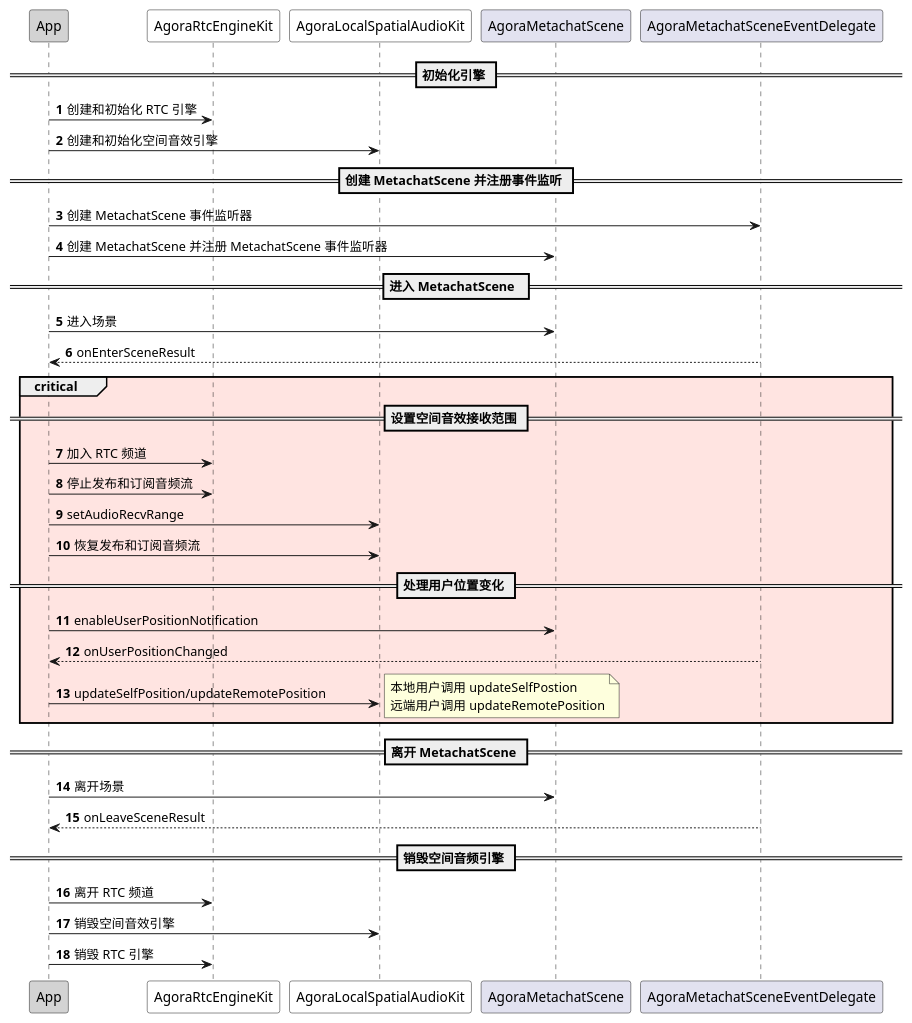
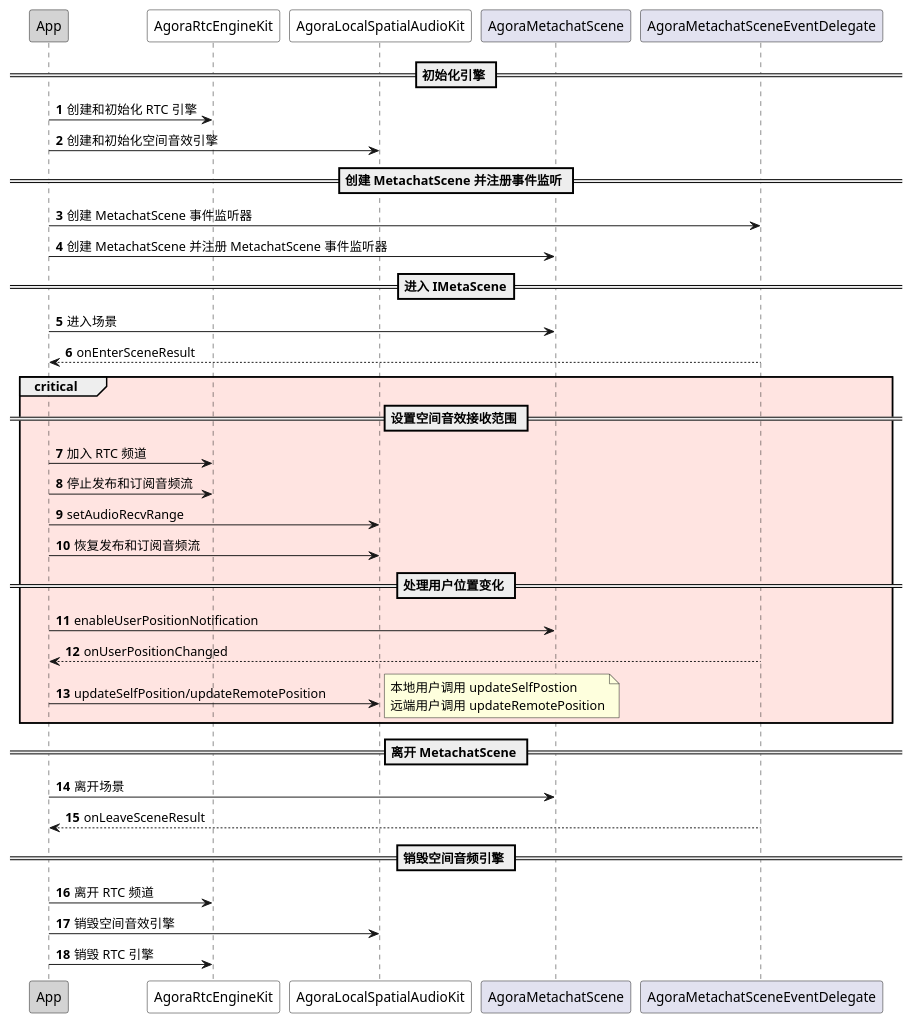
Before and after one commit to AgoraIO/agora_doc_source: the diagram in markdown/metachat/image/ iOS/空间音效 iOS.wsd, drawn with PlantUML. The commit also changed 15 other files, not shown here.

```diff
--- a/markdown/metachat/image/ iOS/空间音效 iOS.wsd
+++ b/markdown/metachat/image/ iOS/空间音效 iOS.wsd
@@ -1,39 +1,39 @@
 @startuml
 autonumber
 participant "App" as a #LightGrey
 participant "AgoraRtcEngineKit" as c #White
 participant "AgoraLocalSpatialAudioKit" as d #White
 participant "AgoraMetachatScene" as e
 participant "AgoraMetachatSceneEventDelegate" as b
 == 初始化引擎 ==
 a -> c: 创建和初始化 RTC 引擎
 a -> d: 创建和初始化空间音效引擎
 == 创建 MetachatScene 并注册事件监听 ==
 a -> b: 创建 MetachatScene 事件监听器
 a -> e: 创建 MetachatScene 并注册 MetachatScene 事件监听器
-== 进入 MetachatScene  ==
+== 进入 IMetaScene==
 a -> e: 进入场景
 b --> a: onEnterSceneResult
 critical #mistyrose
 == 设置空间音效接收范围 ==
 a -> c: 加入 RTC 频道
 a -> c: 停止发布和订阅音频流
 a -> d: setAudioRecvRange
 a -> d: 恢复发布和订阅音频流
 == 处理用户位置变化 ==
 a -> e: enableUserPositionNotification
 b --> a: onUserPositionChanged
 a -> d: updateSelfPosition/updateRemotePosition
 note right
 本地用户调用 updateSelfPostion
 远端用户调用 updateRemotePosition
 end note
 end
 == 离开 MetachatScene ==
 a -> e: 离开场景
 b --> a: onLeaveSceneResult
 == 销毁空间音频引擎 ==
 a -> c: 离开 RTC 频道
 a -> d: 销毁空间音效引擎
 a -> c: 销毁 RTC 引擎
 @enduml
```
